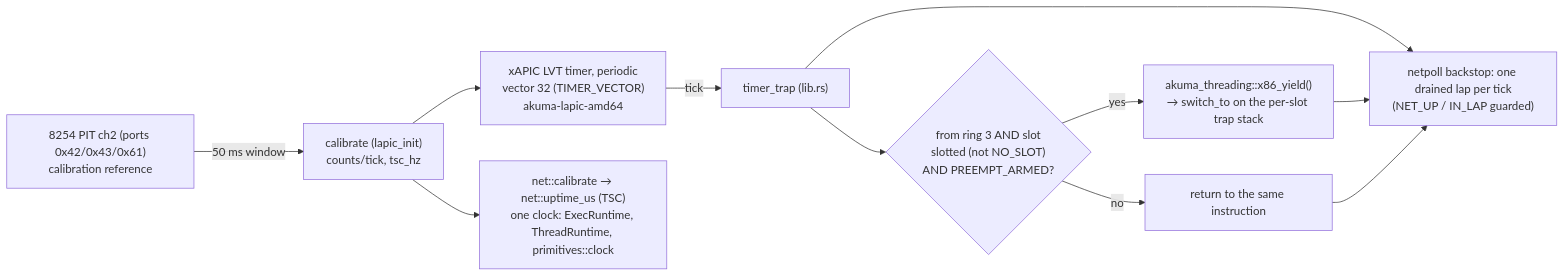
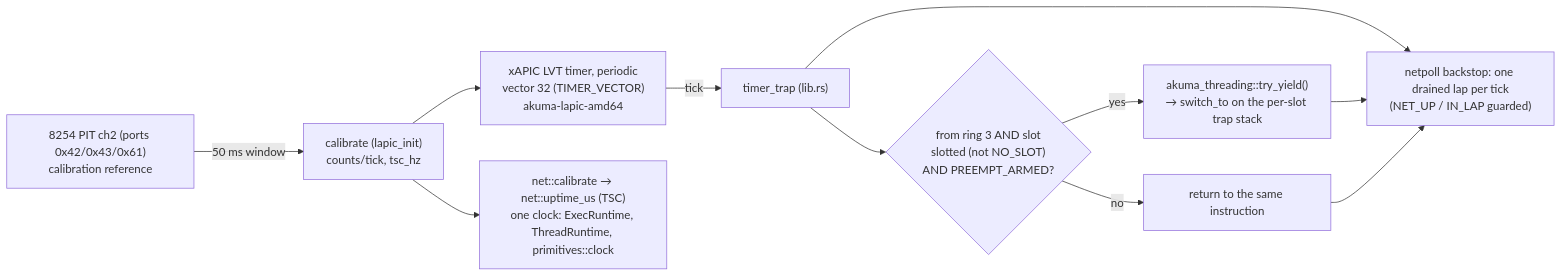
The diagram in taoxichuan/docs/diagrams/scheduling.md (netoneko/akuma), drawn with Mermaid before and after one commit. The commit also changed 39 other files, not shown here.

````diff
--- a/taoxichuan/docs/diagrams/scheduling.md
+++ b/taoxichuan/docs/diagrams/scheduling.md
@@ -6,13 +6,13 @@
 ```mermaid
 flowchart LR
     PIT["8254 PIT ch2 (ports 0x42/0x43/0x61)<br/>calibration reference"] -->|50 ms window| CAL["calibrate (lapic_init)<br/>counts/tick, tsc_hz"]
     CAL --> LVT["xAPIC LVT timer, periodic<br/>vector 32 (TIMER_VECTOR)<br/>akuma-lapic-amd64"]
     LVT -->|tick| TT["timer_trap (lib.rs)"]
     CAL --> CLK["net::calibrate → net::uptime_us (TSC)<br/>one clock: ExecRuntime, ThreadRuntime, primitives::clock"]
     TT --> G{"from ring 3 AND slot<br/>slotted (not NO_SLOT)<br/>AND PREEMPT_ARMED?"}
-    G -->|yes| Y["akuma_threading::x86_yield()<br/>→ switch_to on the per-slot trap stack"]
+    G -->|yes| Y["akuma_threading::try_yield()<br/>→ switch_to on the per-slot trap stack"]
     G -->|no| R["return to the same instruction"]
     TT --> NP["netpoll backstop: one drained lap per tick<br/>(NET_UP / IN_LAP guarded)"]
     Y --> NP
     R --> NP
 ```
````
